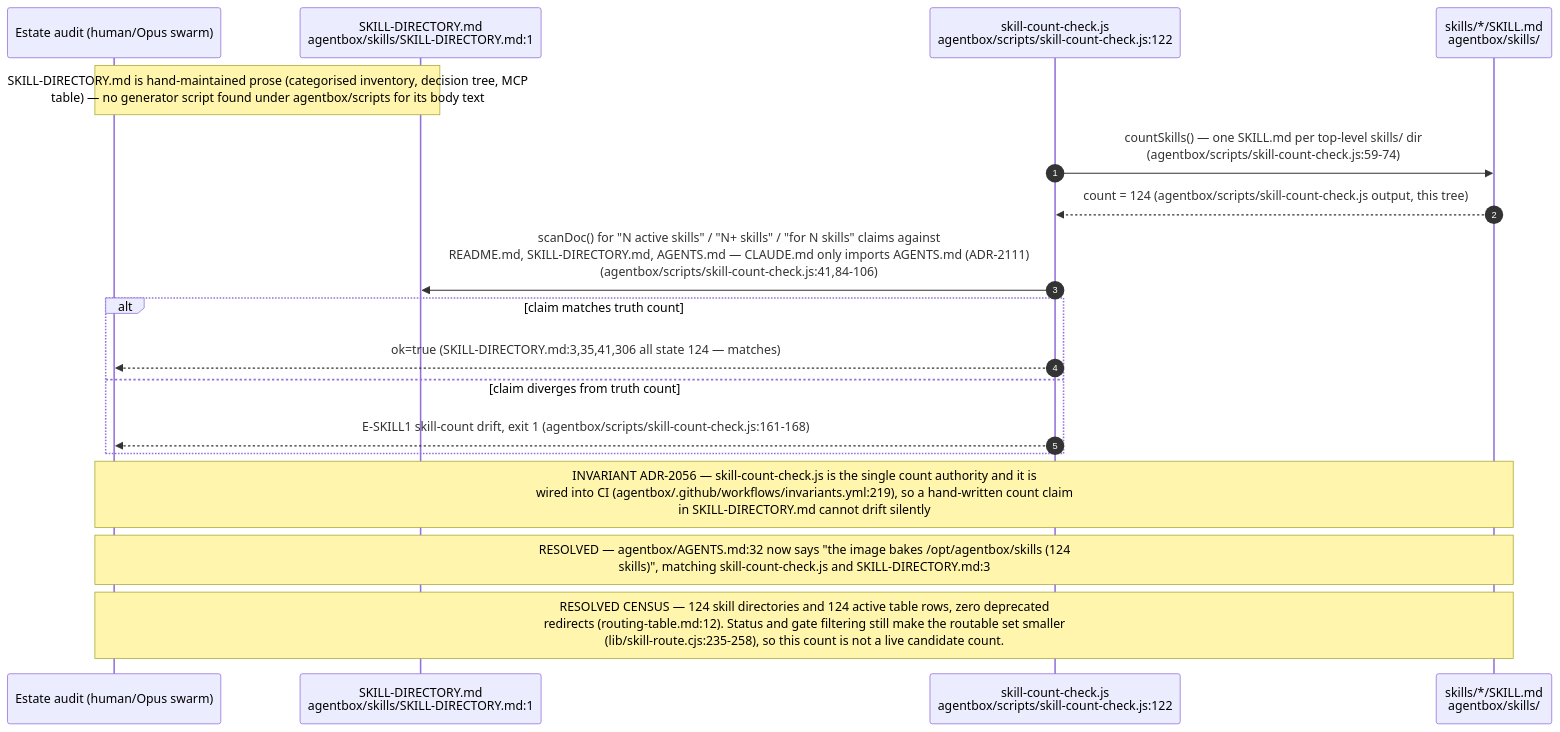
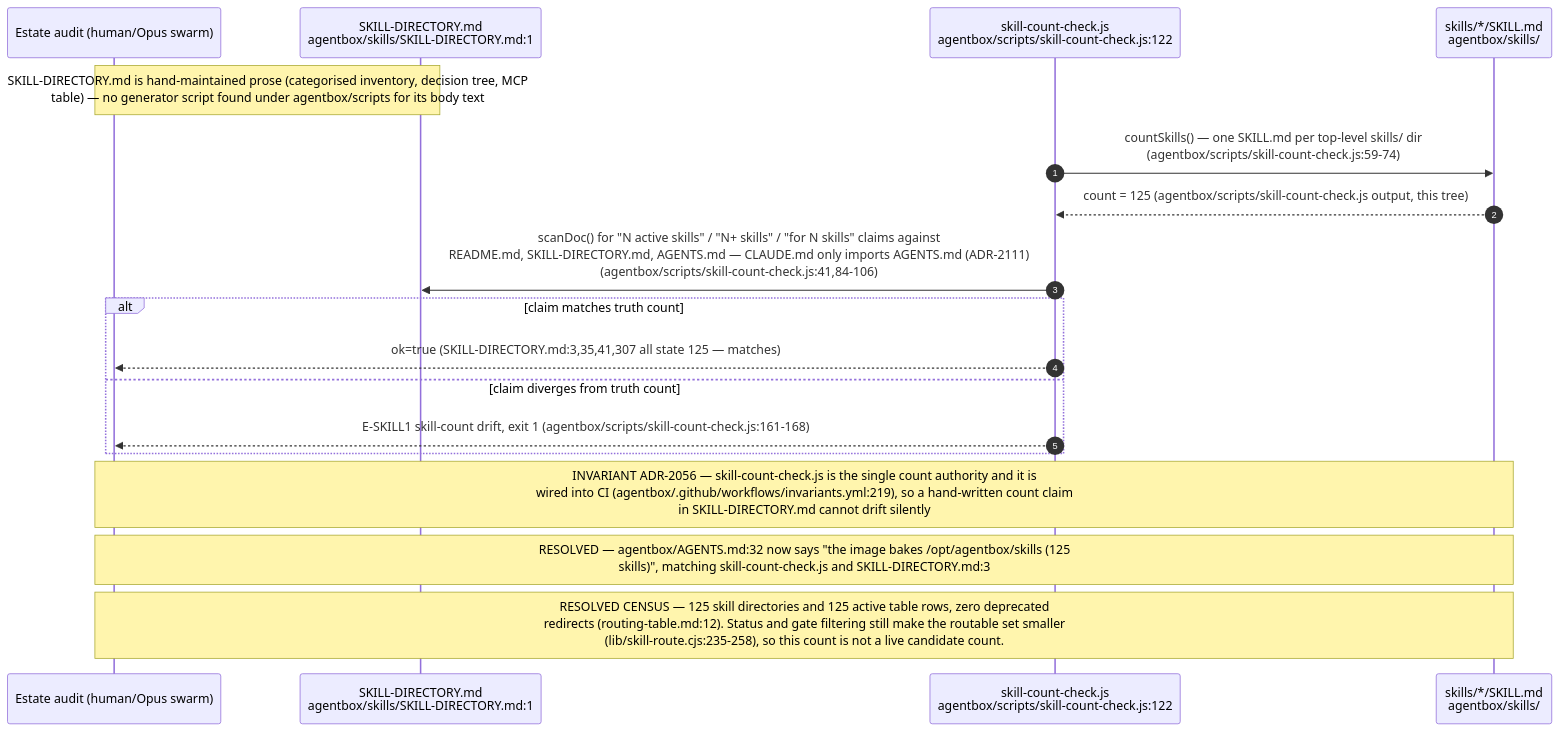
The fourth of 12 diagrams in docs/diagrams/agentbox/22-skills-and-routing.md (DreamLab-AI/VisionFlow), drawn with Mermaid before and after one commit. The commit also changed other lines of this file and 70 other files, not shown here.

First line of the commit message:
docs(diagrams): re-verify 69 topics at current default-branch heads

````diff
--- a/docs/diagrams/agentbox/22-skills-and-routing.md
+++ b/docs/diagrams/agentbox/22-skills-and-routing.md
@@ -198,21 +198,21 @@
 ```mermaid
 sequenceDiagram
     autonumber
     participant AUTHOR as Estate audit (human/Opus swarm)
     participant DIR as SKILL-DIRECTORY.md<br/>agentbox/skills/SKILL-DIRECTORY.md:1
     participant CNT as skill-count-check.js<br/>agentbox/scripts/skill-count-check.js:122
     participant DISK as skills/*/SKILL.md<br/>agentbox/skills/
 
     Note over AUTHOR,DIR: SKILL-DIRECTORY.md is hand-maintained prose (categorised inventory, decision tree, MCP<br/>table) — no generator script found under agentbox/scripts for its body text
     CNT->>DISK: countSkills() — one SKILL.md per top-level skills/ dir<br/>(agentbox/scripts/skill-count-check.js:59-74)
-    DISK-->>CNT: count = 124 (agentbox/scripts/skill-count-check.js output, this tree)
+    DISK-->>CNT: count = 125 (agentbox/scripts/skill-count-check.js output, this tree)
     CNT->>DIR: scanDoc() for "N active skills" / "N+ skills" / "for N skills" claims against<br/>README.md, SKILL-DIRECTORY.md, AGENTS.md — CLAUDE.md only imports AGENTS.md (ADR-2111)<br/>(agentbox/scripts/skill-count-check.js:41,84-106)
     alt claim matches truth count
-        CNT-->>AUTHOR: ok=true (SKILL-DIRECTORY.md:3,35,41,306 all state 124 — matches)
+        CNT-->>AUTHOR: ok=true (SKILL-DIRECTORY.md:3,35,41,307 all state 125 — matches)
     else claim diverges from truth count
         CNT-->>AUTHOR: E-SKILL1 skill-count drift, exit 1 (agentbox/scripts/skill-count-check.js:161-168)
     end
     Note over AUTHOR,DISK: INVARIANT ADR-2056 — skill-count-check.js is the single count authority and it is<br/>wired into CI (agentbox/.github/workflows/invariants.yml:219), so a hand-written count claim<br/>in SKILL-DIRECTORY.md cannot drift silently
-    Note over AUTHOR,DISK: RESOLVED — agentbox/AGENTS.md:32 now says "the image bakes /opt/agentbox/skills (124<br/>skills)", matching skill-count-check.js and SKILL-DIRECTORY.md:3
-    Note over AUTHOR,DISK: RESOLVED CENSUS — 124 skill directories and 124 active table rows, zero deprecated<br/>redirects (routing-table.md:12). Status and gate filtering still make the routable set smaller<br/>(lib/skill-route.cjs:235-258), so this count is not a live candidate count.
+    Note over AUTHOR,DISK: RESOLVED — agentbox/AGENTS.md:32 now says "the image bakes /opt/agentbox/skills (125<br/>skills)", matching skill-count-check.js and SKILL-DIRECTORY.md:3
+    Note over AUTHOR,DISK: RESOLVED CENSUS — 125 skill directories and 125 active table rows, zero deprecated<br/>redirects (routing-table.md:12). Status and gate filtering still make the routable set smaller<br/>(lib/skill-route.cjs:235-258), so this count is not a live candidate count.
 ```
````
